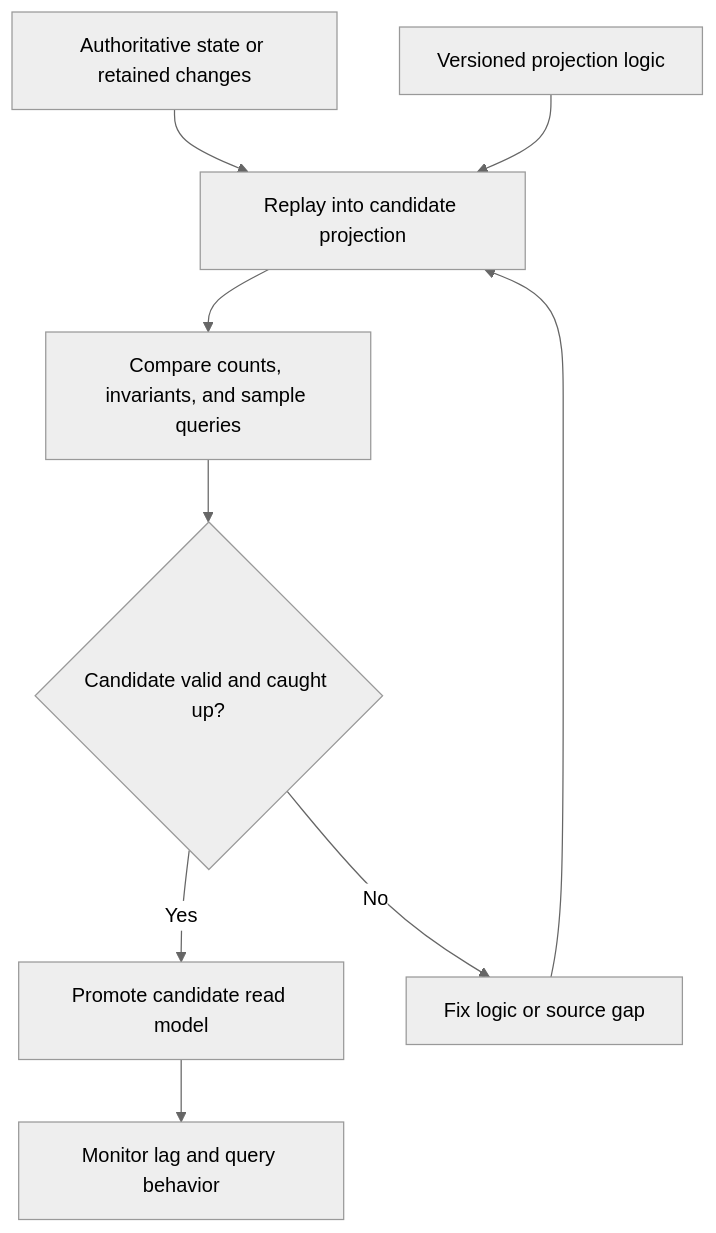
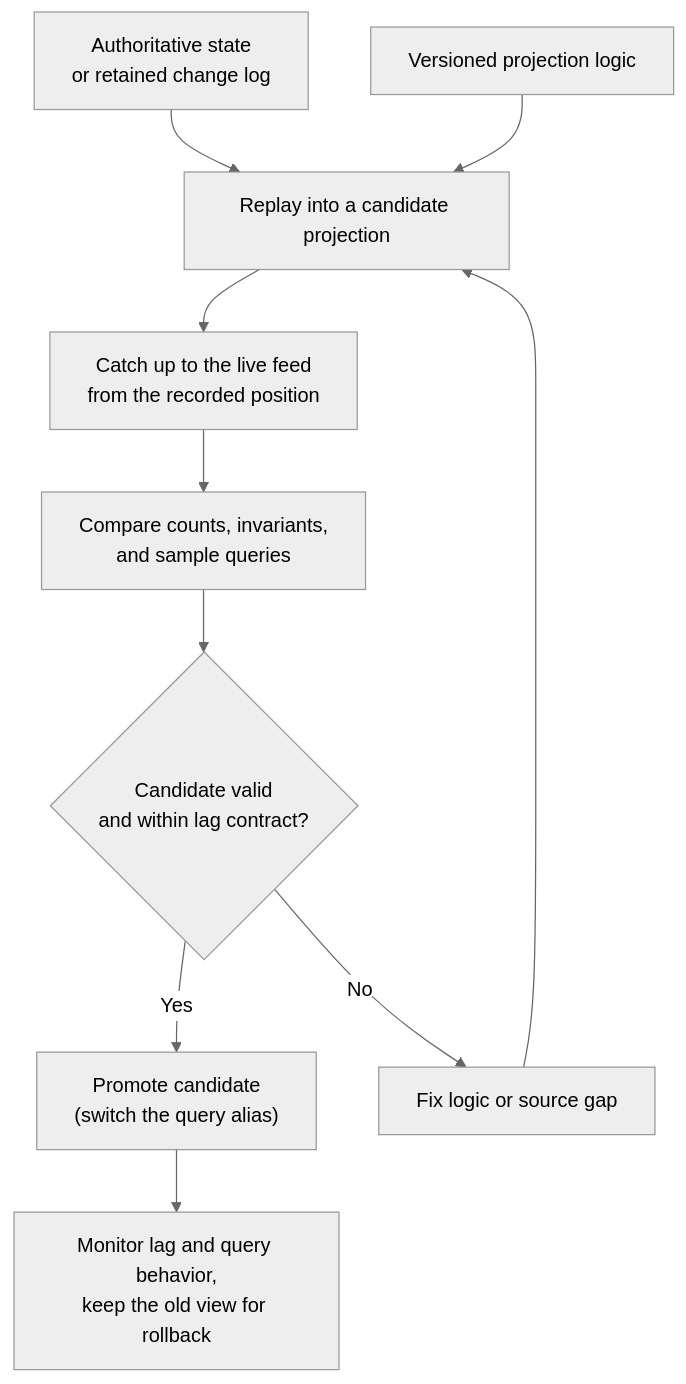
One commit to joydasss/Architect changed the tenth of 13 diagrams in 20_Architecture_Patterns/CH09_CQRS.md. Above: the diagram before and after it, drawn with Mermaid (neutral theme). The commit also changed other lines of this file and 295 other files, not shown here.

````diff
--- a/20_Architecture_Patterns/CH09_CQRS.md
+++ b/20_Architecture_Patterns/CH09_CQRS.md
@@ -87,11 +867,12 @@
 ```mermaid
 flowchart TD
-    Source[Authoritative state or retained changes] --> Replay[Replay into candidate projection]
-    Logic[Versioned projection logic] --> Replay
-    Replay --> Validate[Compare counts, invariants, and sample queries]
-    Validate --> Gate{Candidate valid and caught up?}
-    Gate -->|Yes| Promote[Promote candidate read model]
-    Gate -->|No| Repair[Fix logic or source gap]
+    Source["Authoritative state<br/>or retained change log"] --> Replay["Replay into a candidate projection"]
+    Logic["Versioned projection logic"] --> Replay
+    Replay --> CatchUp["Catch up to the live feed<br/>from the recorded position"]
+    CatchUp --> Validate["Compare counts, invariants,<br/>and sample queries"]
+    Validate --> Gate{"Candidate valid<br/>and within lag contract?"}
+    Gate -->|"Yes"| Promote["Promote candidate<br/>(switch the query alias)"]
+    Gate -->|"No"| Repair["Fix logic or source gap"]
     Repair --> Replay
-    Promote --> Monitor[Monitor lag and query behavior]
+    Promote --> Monitor["Monitor lag and query behavior,<br/>keep the old view for rollback"]
 ```
````
